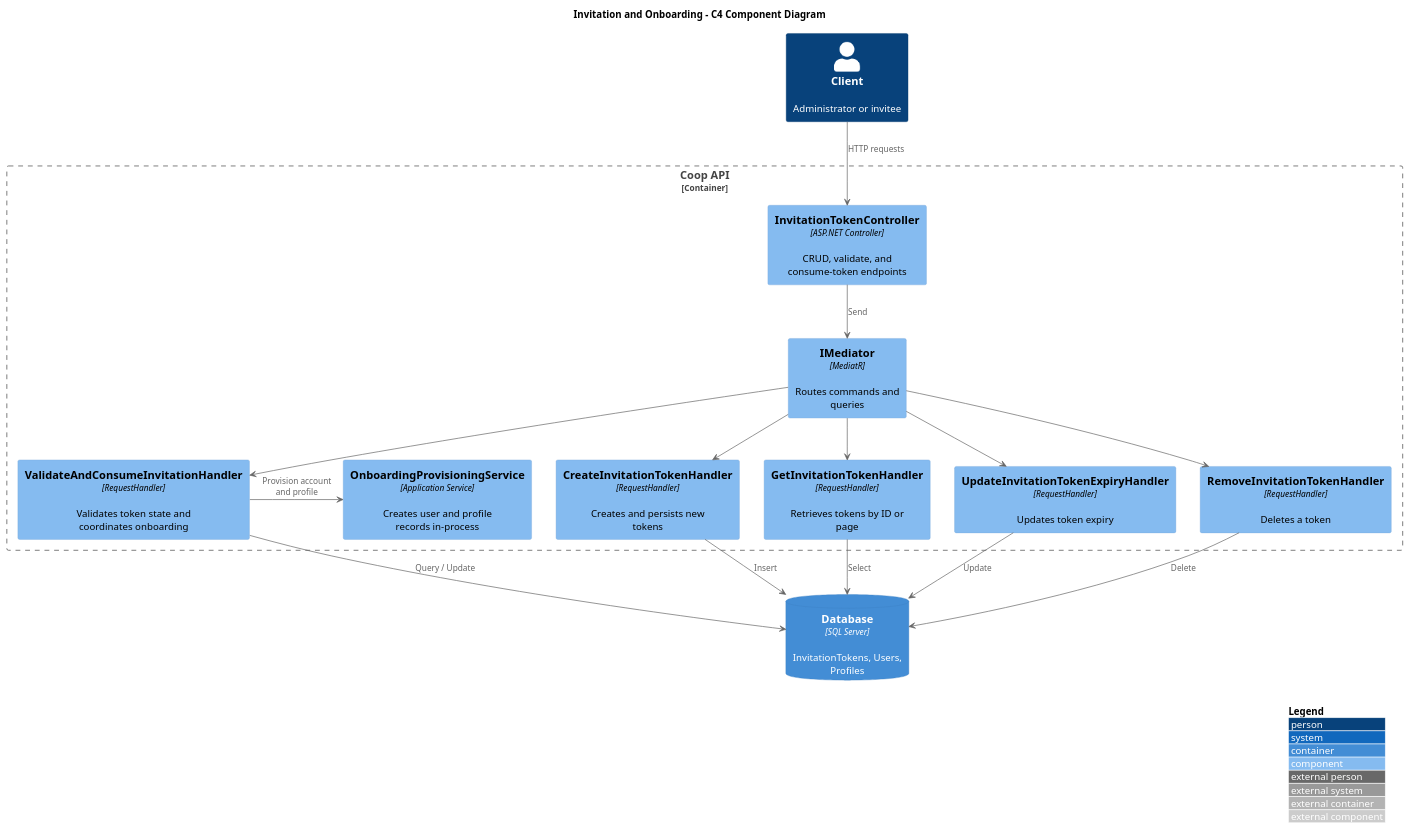
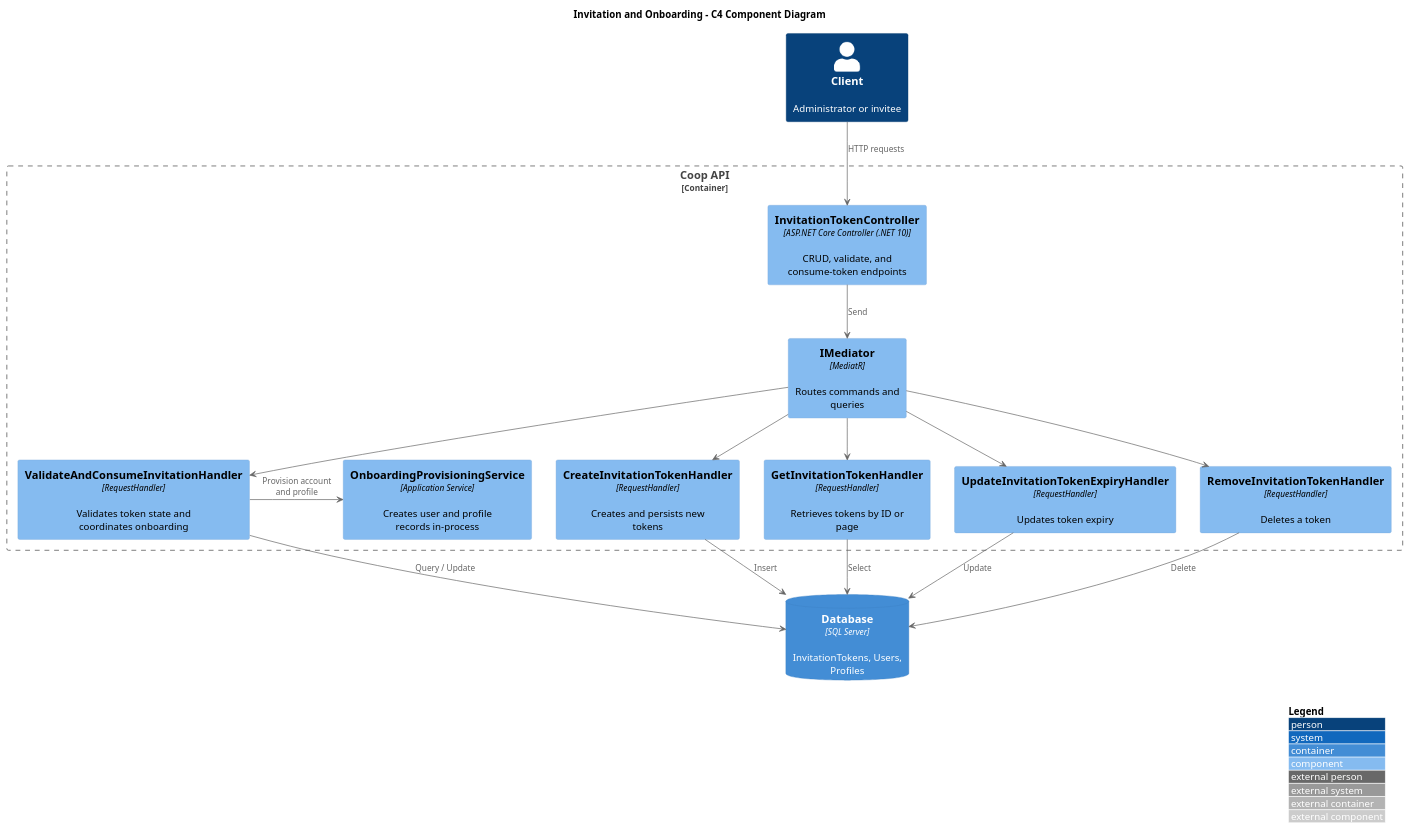
The diagram in docs/detailed-designs/09-invitation-and-onboarding/c4-component.puml (QuinntyneBrown/Coop), drawn with PlantUML before and after one commit. The commit also changed 23 other files, not shown here.

Commit message:
Update C4 diagrams with .NET 10 LTS and Angular 21 baseline and consolidate solution hierarchy

```diff
--- a/docs/detailed-designs/09-invitation-and-onboarding/c4-component.puml
+++ b/docs/detailed-designs/09-invitation-and-onboarding/c4-component.puml
@@ -1,41 +1,41 @@
 @startuml c4-component
 
 !include https://raw.githubusercontent.com/plantuml-stdlib/C4-PlantUML/master/C4_Component.puml
 
 LAYOUT_WITH_LEGEND()
 LAYOUT_TOP_DOWN()
 
 title Invitation and Onboarding - C4 Component Diagram
 
 Person(client, "Client", "Administrator or invitee")
 
 Container_Boundary(api, "Coop API") {
-    Component(ctrl, "InvitationTokenController", "ASP.NET Controller", "CRUD, validate, and consume-token endpoints")
+    Component(ctrl, "InvitationTokenController", "ASP.NET Core Controller (.NET 10)", "CRUD, validate, and consume-token endpoints")
     Component(mediator, "IMediator", "MediatR", "Routes commands and queries")
     Component(createH, "CreateInvitationTokenHandler", "RequestHandler", "Creates and persists new tokens")
     Component(getH, "GetInvitationTokenHandler", "RequestHandler", "Retrieves tokens by ID or page")
     Component(updateH, "UpdateInvitationTokenExpiryHandler", "RequestHandler", "Updates token expiry")
     Component(removeH, "RemoveInvitationTokenHandler", "RequestHandler", "Deletes a token")
     Component(validateH, "ValidateAndConsumeInvitationHandler", "RequestHandler", "Validates token state and coordinates onboarding")
     Component(provisioning, "OnboardingProvisioningService", "Application Service", "Creates user and profile records in-process")
 }
 
 ContainerDb(db, "Database", "SQL Server", "InvitationTokens, Users, Profiles")
 
 client -down-> ctrl : HTTP requests
 ctrl -down-> mediator : Send
 mediator -down-> createH
 mediator -down-> getH
 mediator -down-> updateH
 mediator -down-> removeH
 mediator -down-> validateH
 
 validateH -right-> provisioning : Provision account\nand profile
 
 createH -down-> db : Insert
 getH -down-> db : Select
 updateH -down-> db : Update
 removeH -down-> db : Delete
 validateH -down-> db : Query / Update
 
 @enduml
```
